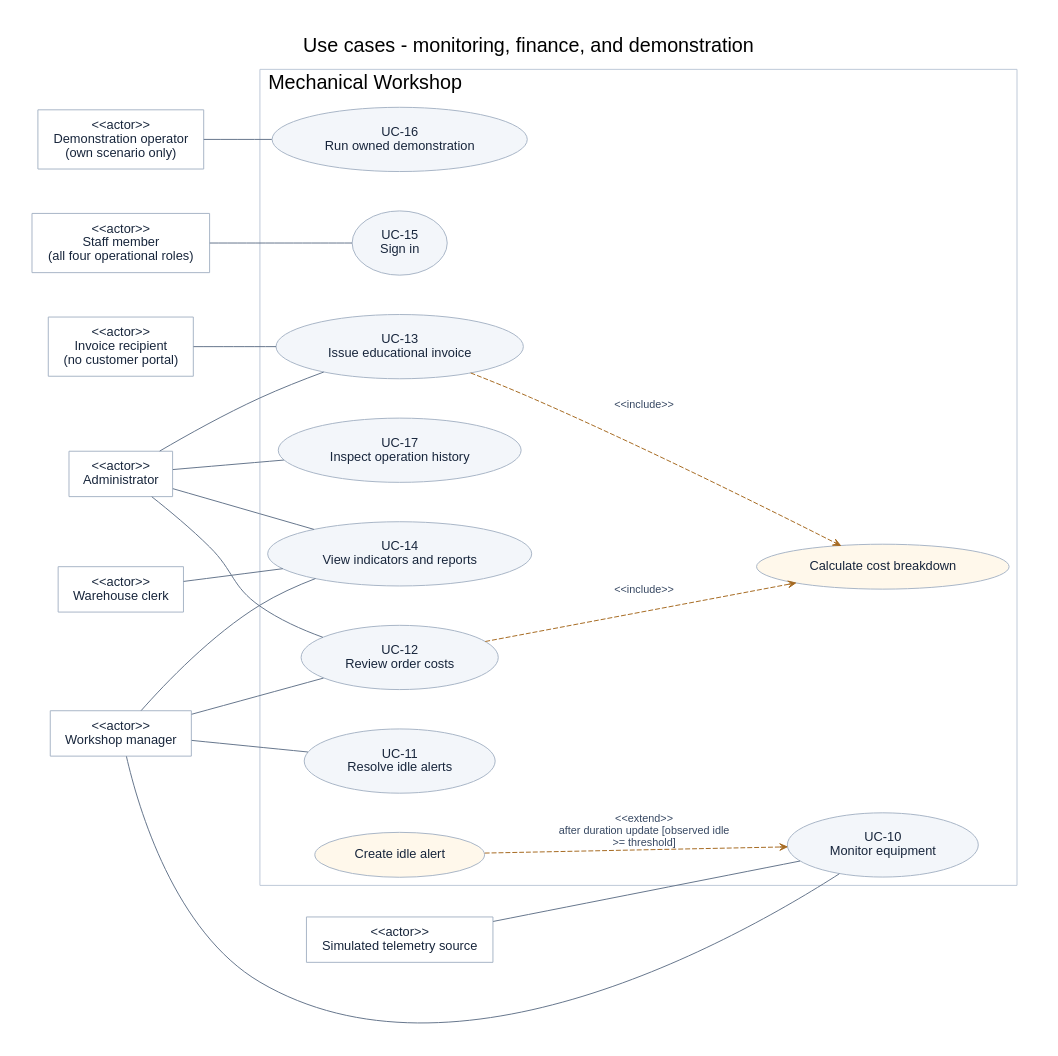
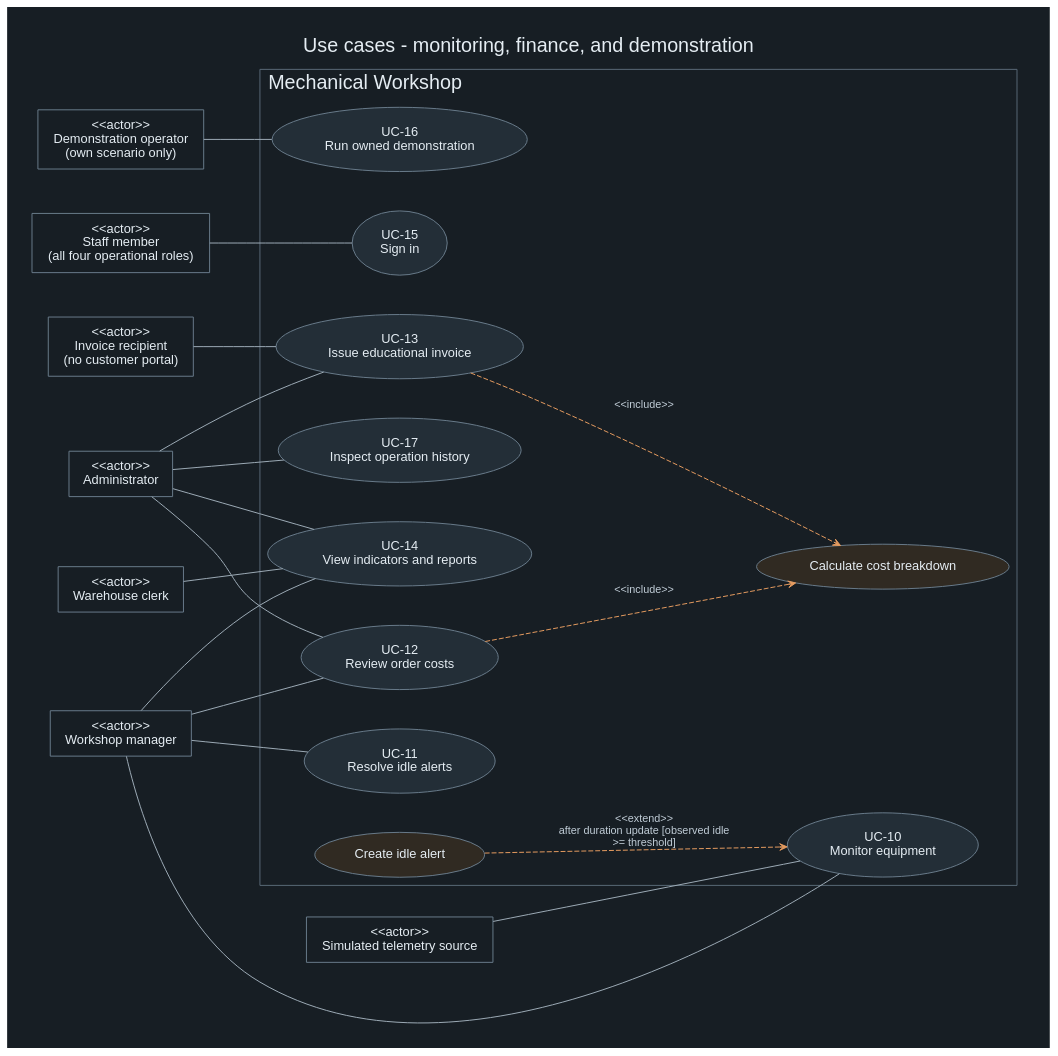
The diagram in docs/models/diagrams/use-cases-control.dot (Kallst/mechanical-workshop), drawn with Graphviz before and after one commit. The commit also changed 80 other files, not shown here.

Commit message:
feat(atlas): organize bilingual diagrams in the current workshop theme

```diff
--- a/docs/models/diagrams/use-cases-control.dot
+++ b/docs/models/diagrams/use-cases-control.dot
@@ -1,41 +1,41 @@
 digraph use_cases_control {
-graph [rankdir=LR, bgcolor="#ffffff", pad="0.35", nodesep="0.55", ranksep="0.8", fontname="Arial", fontsize=20, labelloc=t, label="Use cases - monitoring, finance, and demonstration", compound=true];
-node [shape=box, style="rounded,filled", fillcolor="#f3f6fa", color="#a8b5c7", fontcolor="#17253b", fontname="Arial", fontsize=13, margin="0.18,0.13"];
-edge [fontname="Arial", fontsize=11, fontcolor="#374862", color="#65758c", arrowsize=0.75];
-admin [shape=box, style=filled, fillcolor="#ffffff", label="<<actor>>\nAdministrator"];
-clerk [shape=box, style=filled, fillcolor="#ffffff", label="<<actor>>\nWarehouse clerk"];
-manager [shape=box, style=filled, fillcolor="#ffffff", label="<<actor>>\nWorkshop manager"];
-operator [shape=box, style=filled, fillcolor="#ffffff", label="<<actor>>\nDemonstration operator\n(own scenario only)"];
-recipient [shape=box, style=filled, fillcolor="#ffffff", label="<<actor>>\nInvoice recipient\n(no customer portal)"];
-staff [shape=box, style=filled, fillcolor="#ffffff", label="<<actor>>\nStaff member\n(all four operational roles)"];
-telemetry [shape=box, style=filled, fillcolor="#ffffff", label="<<actor>>\nSimulated telemetry source"];
-subgraph cluster_subject { label="Mechanical Workshop"; labeljust=l; color="#bdc9d8";
+graph [rankdir=LR, bgcolor="#171e24", pad="0.35", nodesep="0.55", ranksep="0.8", fontname="Arial", fontsize=20, fontcolor="#e5edf3", labelloc=t, label="Use cases - monitoring, finance, and demonstration", compound=true];
+node [shape=box, style="rounded,filled", fillcolor="#232e37", color="#697b8b", fontcolor="#e5edf3", fontname="Arial", fontsize=13, margin="0.18,0.13"];
+edge [fontname="Arial", fontsize=11, fontcolor="#c0ccd6", color="#9eacb7", arrowsize=0.75];
+admin [shape=box, style=filled, fillcolor="#171e24", label="<<actor>>\nAdministrator"];
+clerk [shape=box, style=filled, fillcolor="#171e24", label="<<actor>>\nWarehouse clerk"];
+manager [shape=box, style=filled, fillcolor="#171e24", label="<<actor>>\nWorkshop manager"];
+operator [shape=box, style=filled, fillcolor="#171e24", label="<<actor>>\nDemonstration operator\n(own scenario only)"];
+recipient [shape=box, style=filled, fillcolor="#171e24", label="<<actor>>\nInvoice recipient\n(no customer portal)"];
+staff [shape=box, style=filled, fillcolor="#171e24", label="<<actor>>\nStaff member\n(all four operational roles)"];
+telemetry [shape=box, style=filled, fillcolor="#171e24", label="<<actor>>\nSimulated telemetry source"];
+subgraph cluster_subject { label="Mechanical Workshop"; labeljust=l; color="#596977";
 "UC-10" [shape=ellipse, label="UC-10\nMonitor equipment"];
 "UC-11" [shape=ellipse, label="UC-11\nResolve idle alerts"];
 "UC-12" [shape=ellipse, label="UC-12\nReview order costs"];
 "UC-13" [shape=ellipse, label="UC-13\nIssue educational invoice"];
 "UC-14" [shape=ellipse, label="UC-14\nView indicators and reports"];
 "UC-15" [shape=ellipse, label="UC-15\nSign in"];
 "UC-16" [shape=ellipse, label="UC-16\nRun owned demonstration"];
 "UC-17" [shape=ellipse, label="UC-17\nInspect operation history"];
-S4 [shape=ellipse, fillcolor="#fff8eb", label="Create idle alert"];
-S5 [shape=ellipse, fillcolor="#fff8eb", label="Calculate cost breakdown"];
+S4 [shape=ellipse, fillcolor="#302a22", label="Create idle alert"];
+S5 [shape=ellipse, fillcolor="#302a22", label="Calculate cost breakdown"];
 }
 "manager" -> "UC-10" [label="", dir=none];
 "telemetry" -> "UC-10" [label="", dir=none];
 "manager" -> "UC-11" [label="", dir=none];
 "admin" -> "UC-12" [label="", dir=none];
 "manager" -> "UC-12" [label="", dir=none];
 "admin" -> "UC-13" [label="", dir=none];
 "recipient" -> "UC-13" [label="", dir=none];
 "admin" -> "UC-14" [label="", dir=none];
 "manager" -> "UC-14" [label="", dir=none];
 "clerk" -> "UC-14" [label="", dir=none];
 "staff" -> "UC-15" [label="", dir=none];
 "operator" -> "UC-16" [label="", dir=none];
 "admin" -> "UC-17" [label="", dir=none];
-"S4" -> "UC-10" [label="<<extend>>\nafter duration update [observed idle\n>= threshold]", style=dashed, arrowhead=vee, color="#a66a21"];
-"UC-12" -> "S5" [label="<<include>>", style=dashed, arrowhead=vee, color="#a66a21"];
-"UC-13" -> "S5" [label="<<include>>", style=dashed, arrowhead=vee, color="#a66a21"];
+"S4" -> "UC-10" [label="<<extend>>\nafter duration update [observed idle\n>= threshold]", style=dashed, arrowhead=vee, color="#e69c60"];
+"UC-12" -> "S5" [label="<<include>>", style=dashed, arrowhead=vee, color="#e69c60"];
+"UC-13" -> "S5" [label="<<include>>", style=dashed, arrowhead=vee, color="#e69c60"];
 
 }
```
